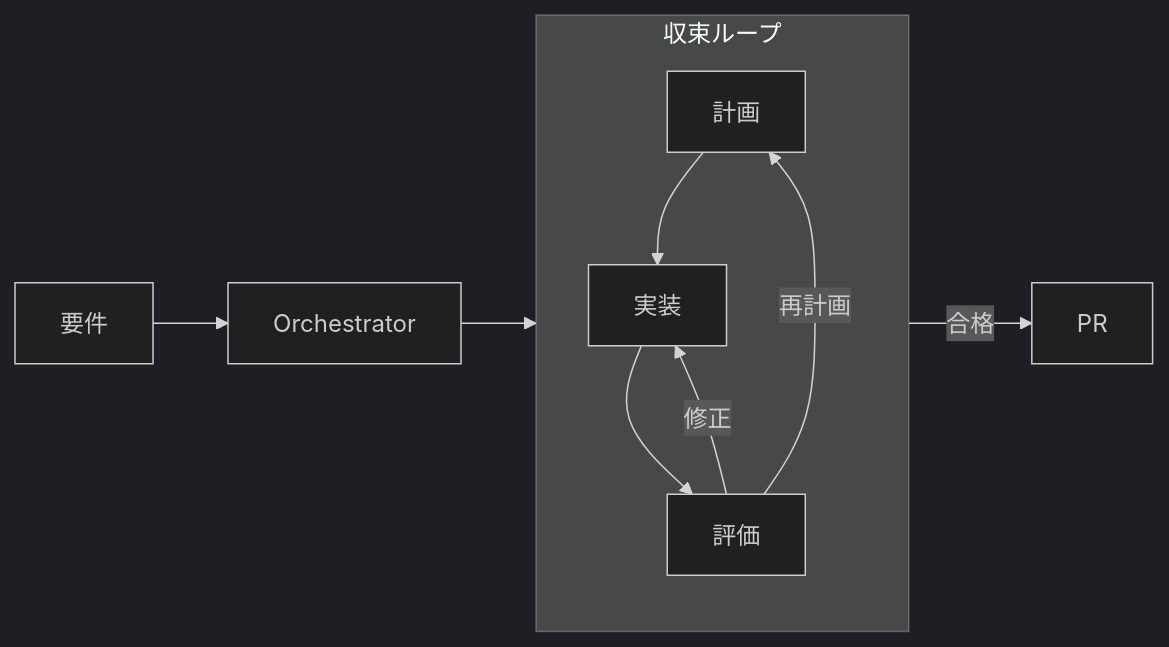
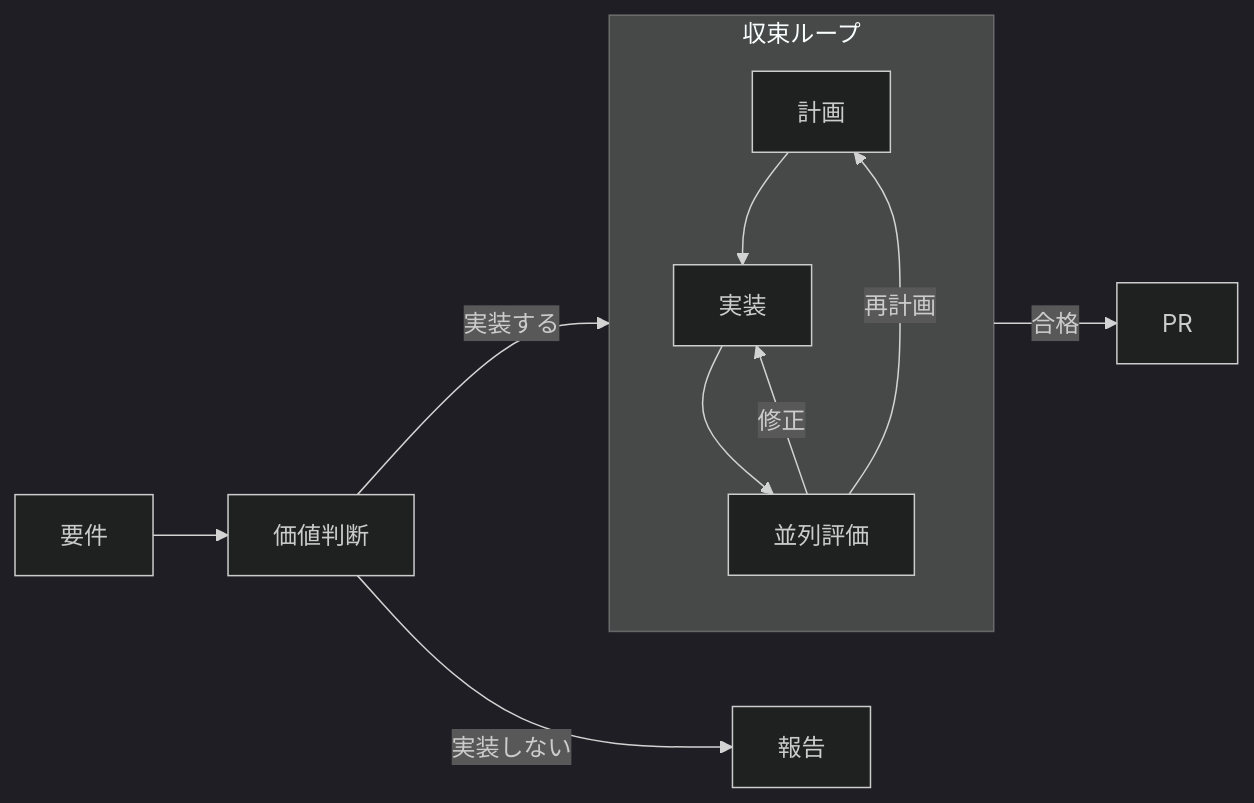
The diagram in README.md (yjn279/trinity), drawn with Mermaid (dark theme) before and after one commit. The commit also changed other lines of this file, not shown here.

````diff
--- a/README.md
+++ b/README.md
@@ -43,13 +45,14 @@
 ```mermaid
 flowchart LR
-  requirement[要件] --> orchestrator[Orchestrator]
-  orchestrator --> plan
+  requirement[要件] --> judge[価値判断]
+  judge -->|実装しない| report[報告]
+  judge -->|実装する| plan
   subgraph loop[収束ループ]
     direction TB
     plan[計画] --> generate[実装]
-    generate --> evaluate[評価]
+    generate --> evaluate[並列評価]
     evaluate -->|再計画| plan
     evaluate -->|修正| generate
   end
   evaluate -->|合格| pullRequest[PR]
 ```
````
